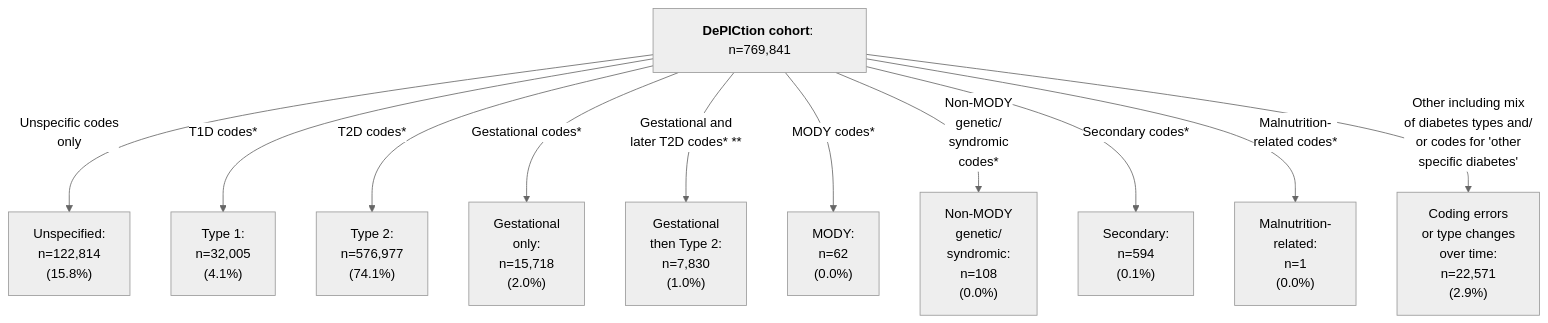
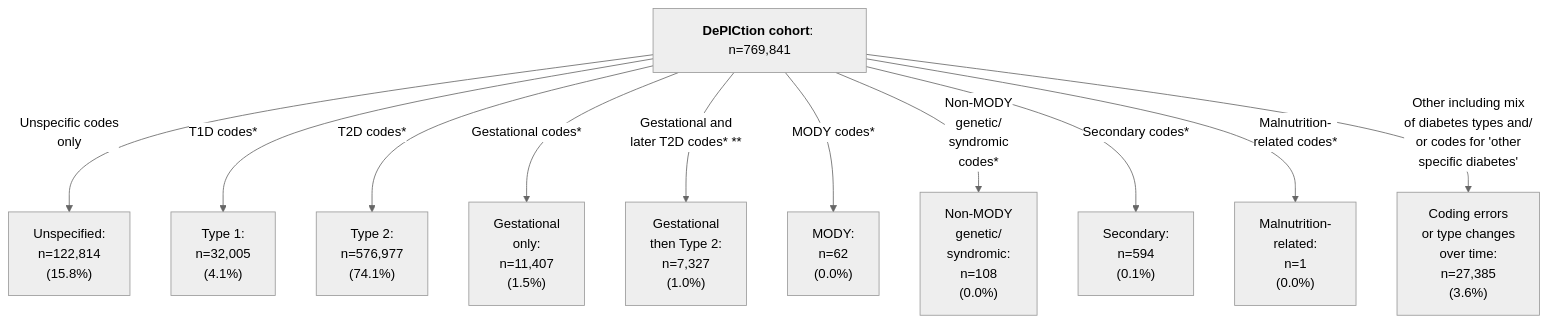
Before and after one commit to Exeter-Diabetes/CPRD-Katie-DePICtion-Scripts: the second of 2 diagrams in README.md, drawn with Mermaid (neutral theme).

````diff
--- a/README.md
+++ b/README.md
@@ -53,13 +53,13 @@
 ```mermaid
 graph TD;
     A["<b>DePICtion cohort</b>: n=769,841"] --> |"Unspecific codes <br>only"| B["Unspecified: <br>n=122,814 <br>(15.8%)"]
     A --> |"T1D codes*"| C["Type 1: <br>n=32,005 <br>(4.1%)"]
     A --> |"T2D codes*"| D["Type 2: <br>n=576,977 <br>(74.1%)"]
-    A --> |"Gestational codes*"| E["Gestational <br>only: <br>n=15,718 <br>(2.0%)"]
-    A --> |"Gestational and <br>later T2D codes* **"| F["Gestational <br>then Type 2: <br>n=7,830 <br>(1.0%)"]
+    A --> |"Gestational codes*"| E["Gestational <br>only: <br>n=11,407 <br>(1.5%)"]
+    A --> |"Gestational and <br>later T2D codes* **"| F["Gestational <br>then Type 2: <br>n=7,327 <br>(1.0%)"]
     A --> |"MODY codes*"| G["MODY: <br>n=62 <br>(0.0%)"]
     A --> |"Non-MODY <br>genetic/<br>syndromic <br>codes*"| H["Non-MODY <br>genetic/<br>syndromic: <br>n=108 <br>(0.0%)"]
     A --> |"Secondary codes*"| I["Secondary: <br>n=594 <br>(0.1%)"]
     A --> |"Malnutrition-<br>related codes*"| J["Malnutrition-<br>related: <br>n=1 <br>(0.0%)"]
-    A --> |"Other including mix <br>of diabetes types and/<br>or codes for 'other <br>specific diabetes'"| K["Coding errors <br>or type changes<br> over time: <br>n=22,571 <br>(2.9%)"]
+    A --> |"Other including mix <br>of diabetes types and/<br>or codes for 'other <br>specific diabetes'"| K["Coding errors <br>or type changes<br> over time: <br>n=27,385 <br>(3.6%)"]
 ```
````
